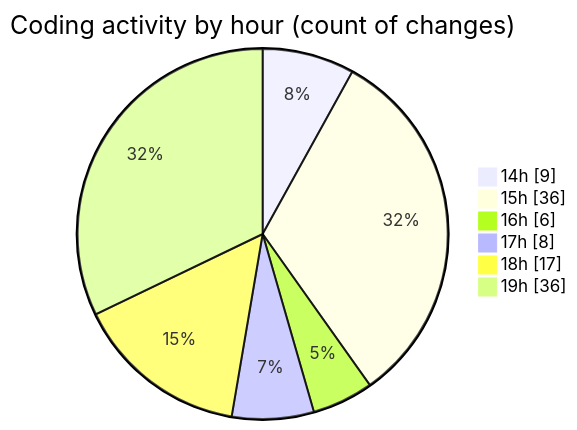
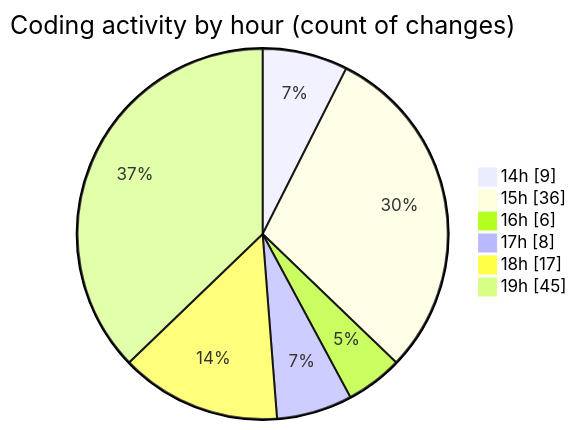
The second of 2 diagrams in 2025-06-17/projects/README.md (Ritupan-Deka/code-tracking), drawn with Mermaid before and after one commit. The commit also changed other lines of this file and 1 other file, not shown here.

````diff
--- a/2025-06-17/projects/README.md
+++ b/2025-06-17/projects/README.md
@@ -29,10 +29,10 @@
 ```mermaid
 pie showData
 title Coding activity by hour (count of changes)
 "14h" : 9
 "15h" : 36
 "16h" : 6
 "17h" : 8
 "18h" : 17
-"19h" : 36
+"19h" : 45
 ```
````
